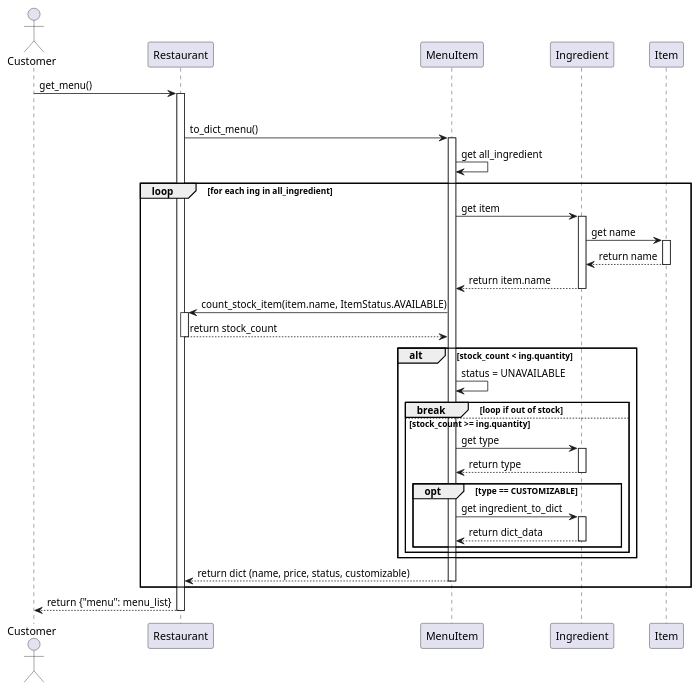
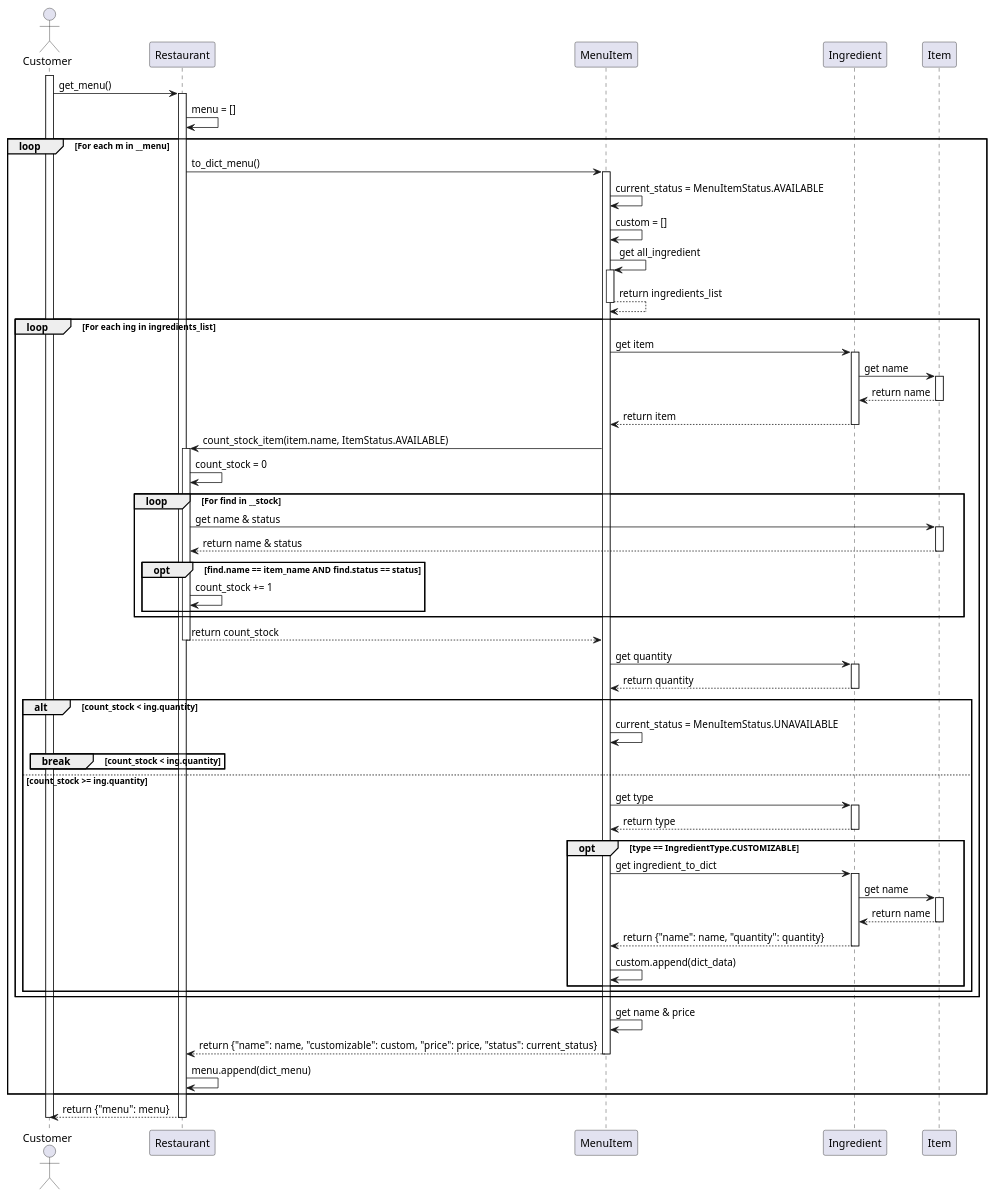
The diagram in shared/doc/get_menu_sequence.puml (twrrippy/knight-chicken-oop), drawn with PlantUML before and after one commit. The commit also changed 1 other file, not shown here.

Commit message:
Refactor cooking and menu retrieval sequences for improved clarity and functionality

```diff
--- a/shared/doc/get_menu_sequence.puml
+++ b/shared/doc/get_menu_sequence.puml
@@ -1,59 +1,96 @@
 @startuml
 actor Customer
-participant "Restaurant" as Restaurant
-participant "MenuItem" as MenuItem
-participant "Ingredient" as Ingredient
-participant "Item" as Item
+participant "Restaurant" as R
+participant "MenuItem" as MI
+participant "Ingredient" as ING
+participant "Item" as ITM
 
-Customer -> Restaurant : get_menu()
-activate Restaurant
+activate Customer
+Customer -> R : get_menu()
+activate R
 
-loop for each m in __menu
-    Restaurant -> MenuItem : to_dict_menu()
-    activate MenuItem
+R -> R : menu = []
+
+loop For each m in __menu
+    R -> MI : to_dict_menu()
+    activate MI
     
-    MenuItem -> MenuItem : get all_ingredient
+    MI -> MI : current_status = MenuItemStatus.AVAILABLE
+    MI -> MI : custom = []
     
-    loop for each ing in all_ingredient
-        MenuItem -> Ingredient : get item
-        activate Ingredient
+    MI -> MI : get all_ingredient
+    activate MI
+    MI --> MI : return ingredients_list
+    deactivate MI
+    
+    loop For each ing in ingredients_list
+        MI -> ING : get item
+        activate ING
+        ING -> ITM : get name
+        activate ITM
+        ITM --> ING : return name
+        deactivate ITM
+        ING --> MI : return item
+        deactivate ING
         
-        Ingredient -> Item : get name
-        activate Item
-        Item --> Ingredient : return name
-        deactivate Item
+        MI -> R : count_stock_item(item.name, ItemStatus.AVAILABLE)
+        activate R
         
-        Ingredient --> MenuItem : return item.name
-        deactivate Ingredient
+        R -> R : count_stock = 0
+        loop For find in __stock
+            R -> ITM : get name & status
+            activate ITM
+            ITM --> R : return name & status
+            deactivate ITM
+            
+            opt find.name == item_name AND find.status == status
+                R -> R : count_stock += 1
+            end
+        end
+        R --> MI : return count_stock
+        deactivate R
         
-        MenuItem -> Restaurant : count_stock_item(item.name, ItemStatus.AVAILABLE)
-        activate Restaurant
-        Restaurant --> MenuItem : return stock_count
-        deactivate Restaurant
+        MI -> ING : get quantity
+        activate ING
+        ING --> MI : return quantity
+        deactivate ING
         
-        alt stock_count < ing.quantity
-            MenuItem -> MenuItem : status = UNAVAILABLE
-            Break loop if out of stock
-        else stock_count >= ing.quantity
-            MenuItem -> Ingredient : get type
-            activate Ingredient
-            Ingredient --> MenuItem : return type
-            deactivate Ingredient
+        alt count_stock < ing.quantity
+            MI -> MI : current_status = MenuItemStatus.UNAVAILABLE
+            break count_stock < ing.quantity
+            end
+        else count_stock >= ing.quantity
+            MI -> ING : get type
+            activate ING
+            ING --> MI : return type
+            deactivate ING
             
-            opt type == CUSTOMIZABLE
-                MenuItem -> Ingredient : get ingredient_to_dict
-                activate Ingredient
-                Ingredient --> MenuItem : return dict_data
-                deactivate Ingredient
+            opt type == IngredientType.CUSTOMIZABLE
+                MI -> ING : get ingredient_to_dict
+                activate ING
+                
+                ING -> ITM : get name
+                activate ITM
+                ITM --> ING : return name
+                deactivate ITM
+                
+                ING --> MI : return {"name": name, "quantity": quantity}
+                deactivate ING
+                
+                MI -> MI : custom.append(dict_data)
             end
         end
     end
     
-    MenuItem --> Restaurant : return dict (name, price, status, customizable)
-    deactivate MenuItem
+    MI -> MI : get name & price
+    MI --> R : return {"name": name, "customizable": custom, "price": price, "status": current_status}
+    deactivate MI
+    
+    R -> R : menu.append(dict_menu)
 end
 
-Restaurant --> Customer : return {"menu": menu_list}
-deactivate Restaurant
+R --> Customer : return {"menu": menu}
+deactivate R
+deactivate Customer
 
 @enduml
```
